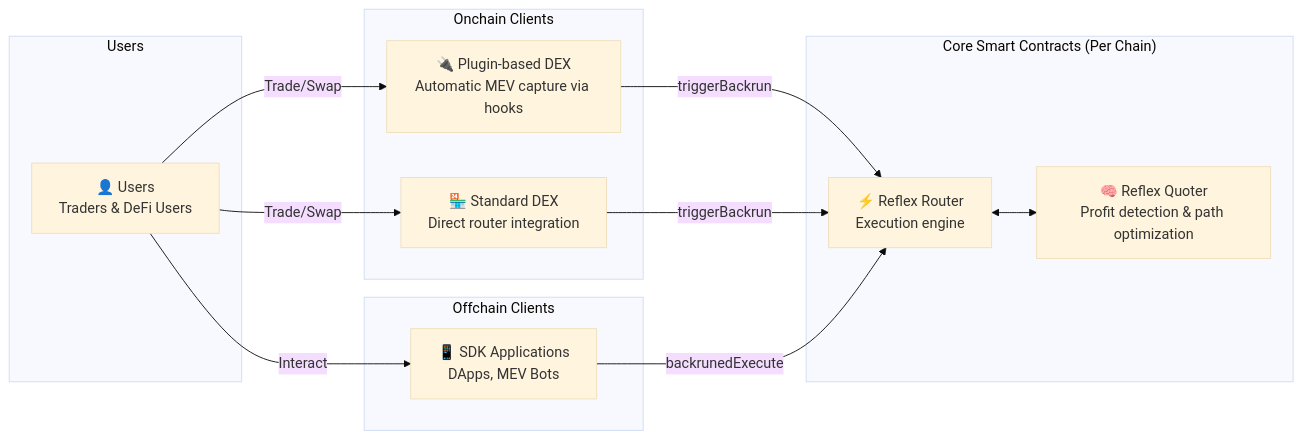
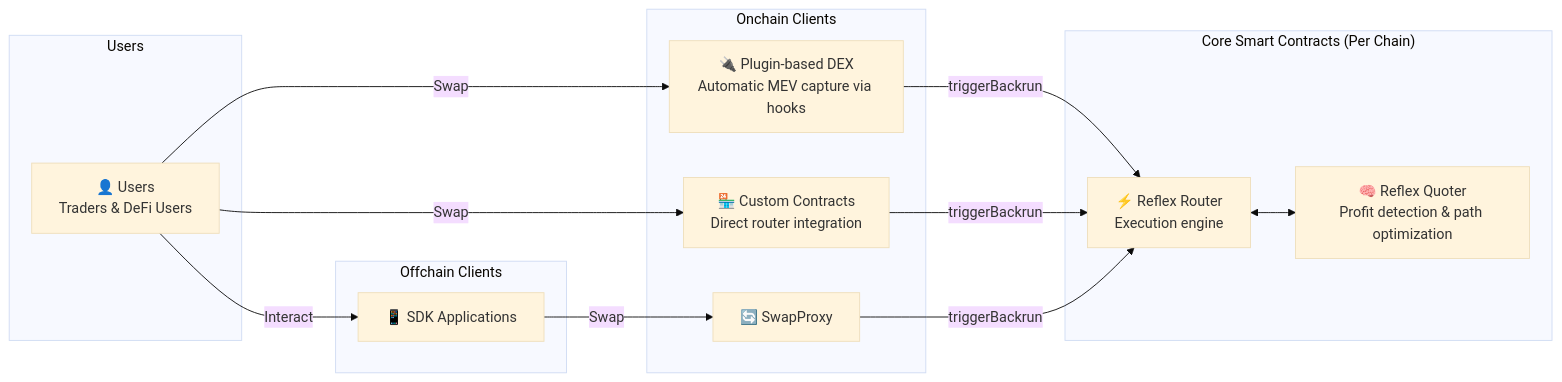
The first of 5 diagrams in website/docs/architecture.md (reflex-mev/reflex), drawn with Mermaid (base theme) before and after one commit. The commit also changed other lines of this file and 6 other files, not shown here.

````diff
--- a/website/docs/architecture.md
+++ b/website/docs/architecture.md
@@ -17,31 +17,33 @@
 ```mermaid
 graph LR
     subgraph "Users"
         UserGroup[👤 Users<br/>Traders & DeFi Users]
     end
 
     subgraph "Core Smart Contracts (Per Chain)"
         Router[⚡ Reflex Router<br/>Execution engine]
         Quoter[🧠 Reflex Quoter<br/>Profit detection & path optimization]
         Router <--> Quoter
     end
 
     subgraph "Onchain Clients"
         PluginDEX[🔌 Plugin-based DEX<br/>Automatic MEV capture via hooks]
-        RegularDEX[🏪 Standard DEX<br/>Direct router integration]
+        DirectDEX[🏪 Custom Contracts<br/>Direct router integration]
+        SwapProxy[🔄 SwapProxy<br/>]
     end
 
     subgraph "Offchain Clients"
-        SDKApps[📱 SDK Applications<br/>DApps, MEV Bots]
+        SDKApps[📱 SDK Applications<br/>]
     end
 
     %% User transactions trigger MEV opportunities
-    UserGroup -->|Trade/Swap| PluginDEX
-    UserGroup -->|Trade/Swap| RegularDEX
+    UserGroup -->|Swap| PluginDEX
+    UserGroup -->|Swap| DirectDEX
     UserGroup -->|Interact| SDKApps
 
     %% Client connections to core contracts
     PluginDEX -->|triggerBackrun| Router
-    RegularDEX -->|triggerBackrun| Router
-    SDKApps -->|backrunedExecute| Router
+    DirectDEX -->|triggerBackrun| Router
+    SDKApps -->|Swap| SwapProxy
+    SwapProxy -->|triggerBackrun| Router
 ```
````
